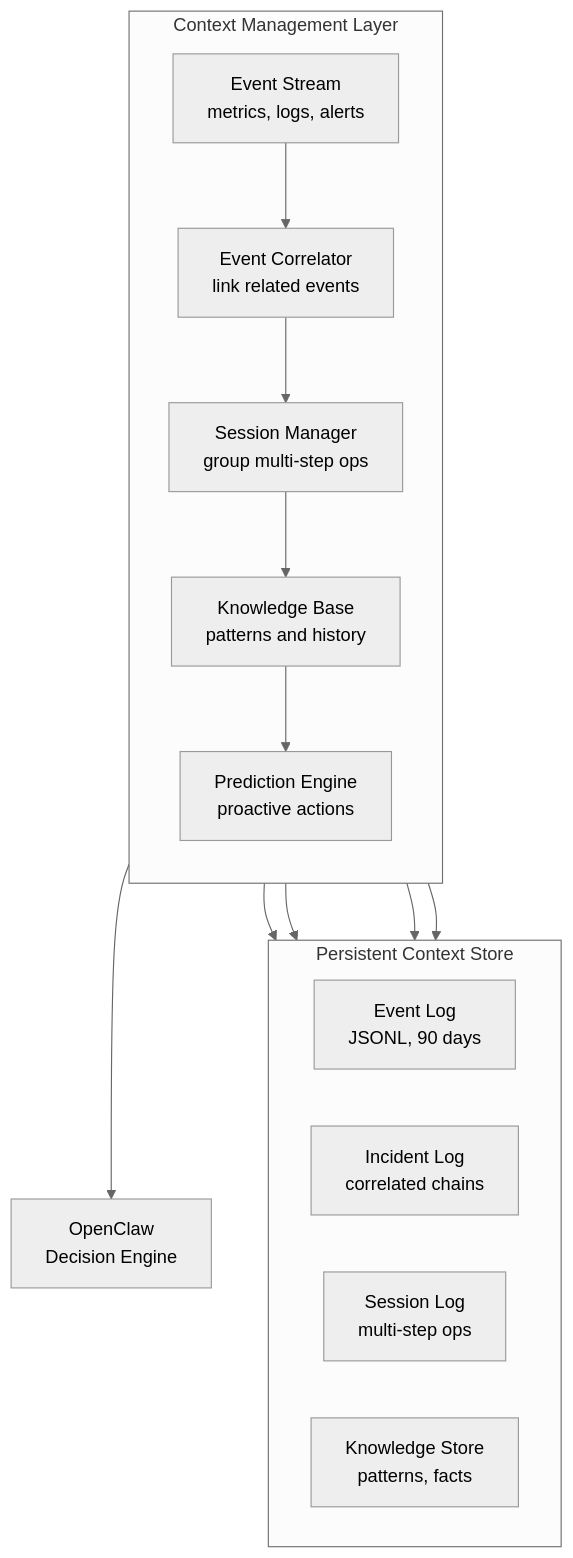
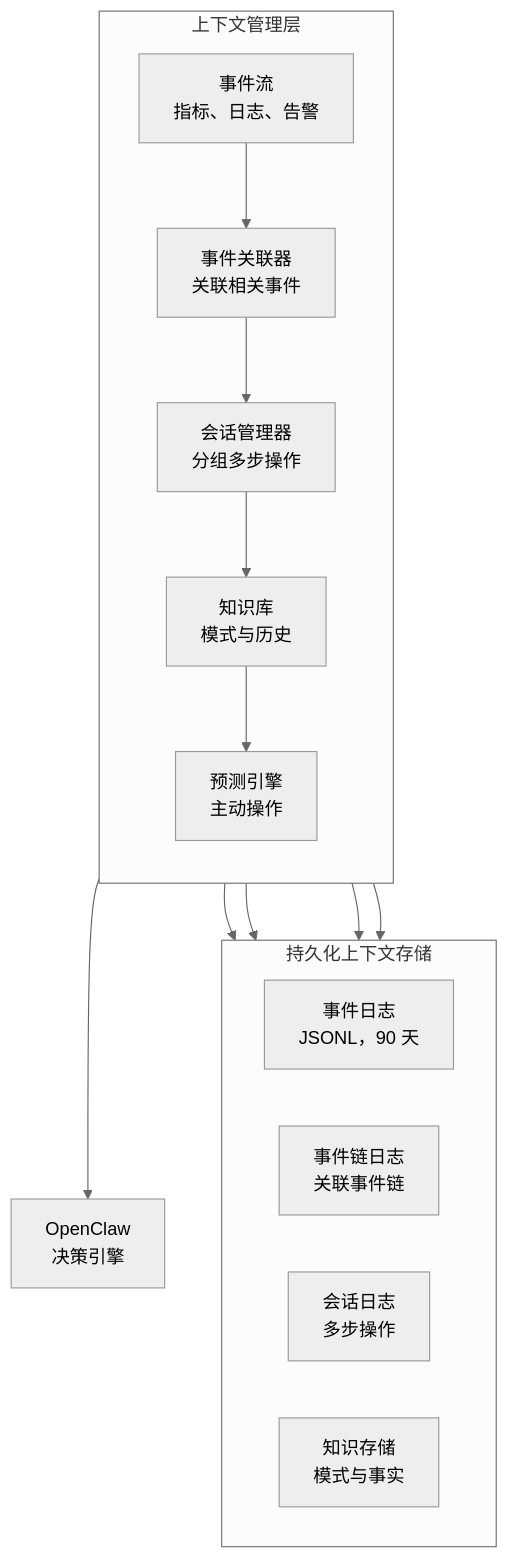
Before and after one commit to stars-labs/self-healing-nixos-infra: the first of 2 diagrams in i18n/zh/docusaurus-plugin-content-docs/current/15-context-management.md, drawn with Mermaid (neutral theme). The commit also changed other lines of this file, not shown here.

First line of the commit message:
Replace placeholder with full Chinese translation for context management

````diff
--- a/i18n/zh/docusaurus-plugin-content-docs/current/15-context-management.md
+++ b/i18n/zh/docusaurus-plugin-content-docs/current/15-context-management.md
@@ -41,25 +41,25 @@
 ```mermaid
 flowchart TB
-    subgraph ContextLayer["Context Management Layer"]
+    subgraph ContextLayer["上下文管理层"]
         direction TB
-        ES[Event Stream<br/>metrics, logs, alerts]
-        ES --> EC[Event Correlator<br/>link related events]
-        EC --> SM[Session Manager<br/>group multi-step ops]
-        SM --> KB[Knowledge Base<br/>patterns and history]
-        KB --> PE[Prediction Engine<br/>proactive actions]
+        ES[事件流<br/>指标、日志、告警]
+        ES --> EC[事件关联器<br/>关联相关事件]
+        EC --> SM[会话管理器<br/>分组多步操作]
+        SM --> KB[知识库<br/>模式与历史]
+        KB --> PE[预测引擎<br/>主动操作]
     end
 
-    subgraph Storage["Persistent Context Store"]
+    subgraph Storage["持久化上下文存储"]
         direction LR
-        EL[Event Log<br/>JSONL, 90 days]
-        IL[Incident Log<br/>correlated chains]
-        SL[Session Log<br/>multi-step ops]
-        KS[Knowledge Store<br/>patterns, facts]
+        EL[事件日志<br/>JSONL，90 天]
+        IL[事件链日志<br/>关联事件链]
+        SL[会话日志<br/>多步操作]
+        KS[知识存储<br/>模式与事实]
     end
 
     EC --> EL
     EC --> IL
     SM --> SL
     KB --> KS
-    PE --> OC[OpenClaw<br/>Decision Engine]
+    PE --> OC[OpenClaw<br/>决策引擎]
 ```
````
